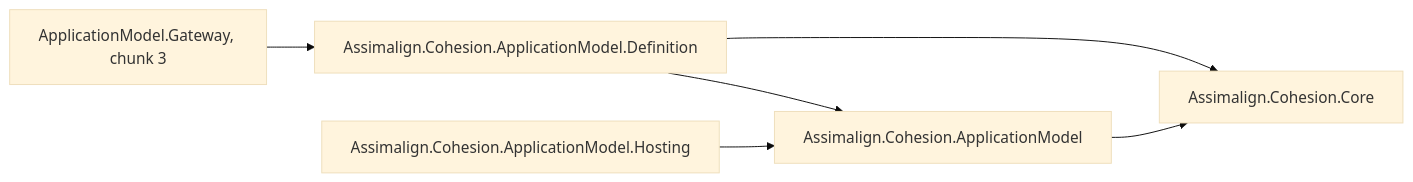
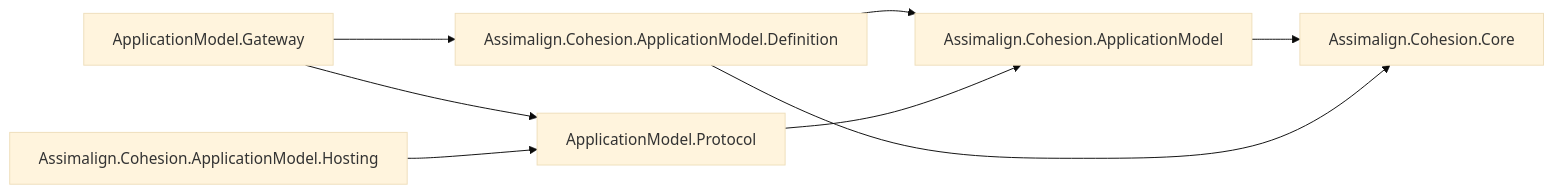
Before and after one commit to assimalign/cohesion: the first of 2 diagrams in libraries/ApplicationModel/Assimalign.Cohesion.ApplicationModel.Definition/docs/DESIGN.md, drawn with Mermaid (base theme). The commit also changed other lines of this file and 219 other files, not shown here.

````diff
--- a/libraries/ApplicationModel/Assimalign.Cohesion.ApplicationModel.Definition/docs/DESIGN.md
+++ b/libraries/ApplicationModel/Assimalign.Cohesion.ApplicationModel.Definition/docs/DESIGN.md
@@ -37,8 +40,10 @@
 ```mermaid
 flowchart LR
-    Gateway["ApplicationModel.Gateway, chunk 3"] --> Definition["Assimalign.Cohesion.ApplicationModel.Definition"]
-    Definition --> Contracts["Assimalign.Cohesion.ApplicationModel"]
-    Hosting["Assimalign.Cohesion.ApplicationModel.Hosting"] --> Contracts
-    Contracts --> Core["Assimalign.Cohesion.Core"]
+    Gateway["ApplicationModel.Gateway"] --> Definition["Assimalign.Cohesion.ApplicationModel.Definition"]
+    Gateway --> Protocol["ApplicationModel.Protocol"]
+    Definition --> Identity["Assimalign.Cohesion.ApplicationModel"]
+    Protocol --> Identity
+    Hosting["Assimalign.Cohesion.ApplicationModel.Hosting"] --> Protocol
+    Identity --> Core["Assimalign.Cohesion.Core"]
     Definition --> Core
 ```
````
